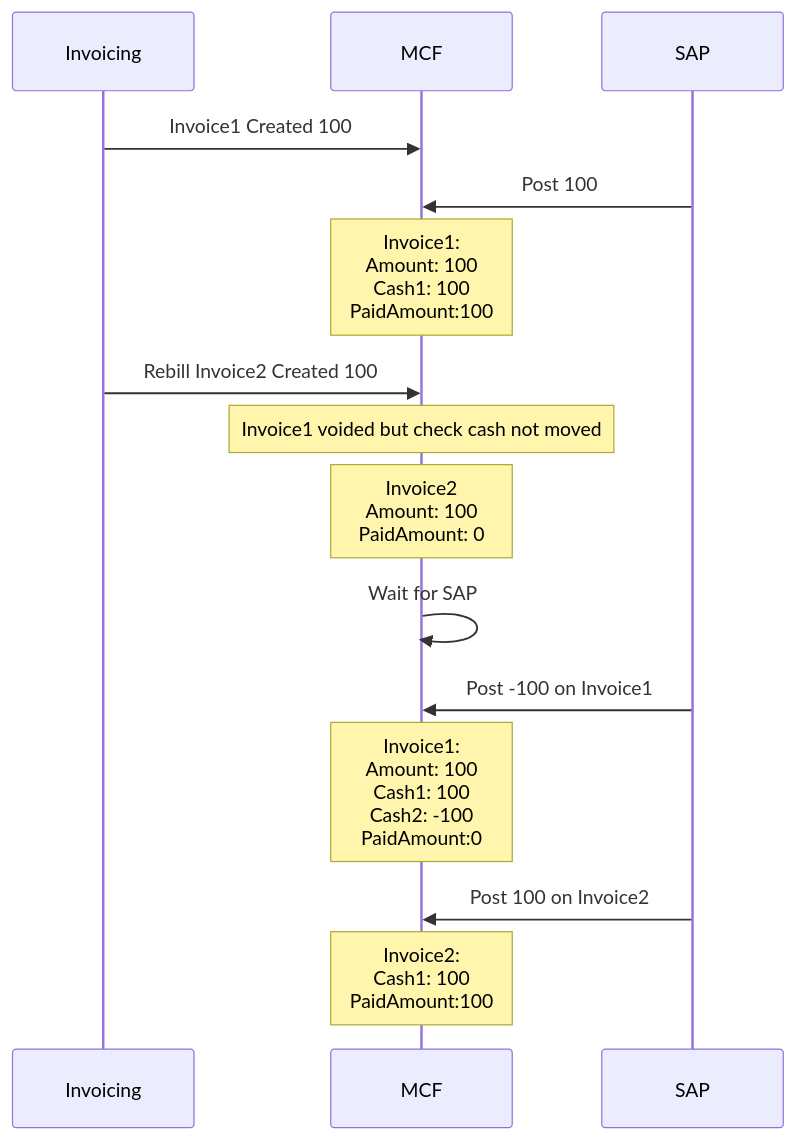
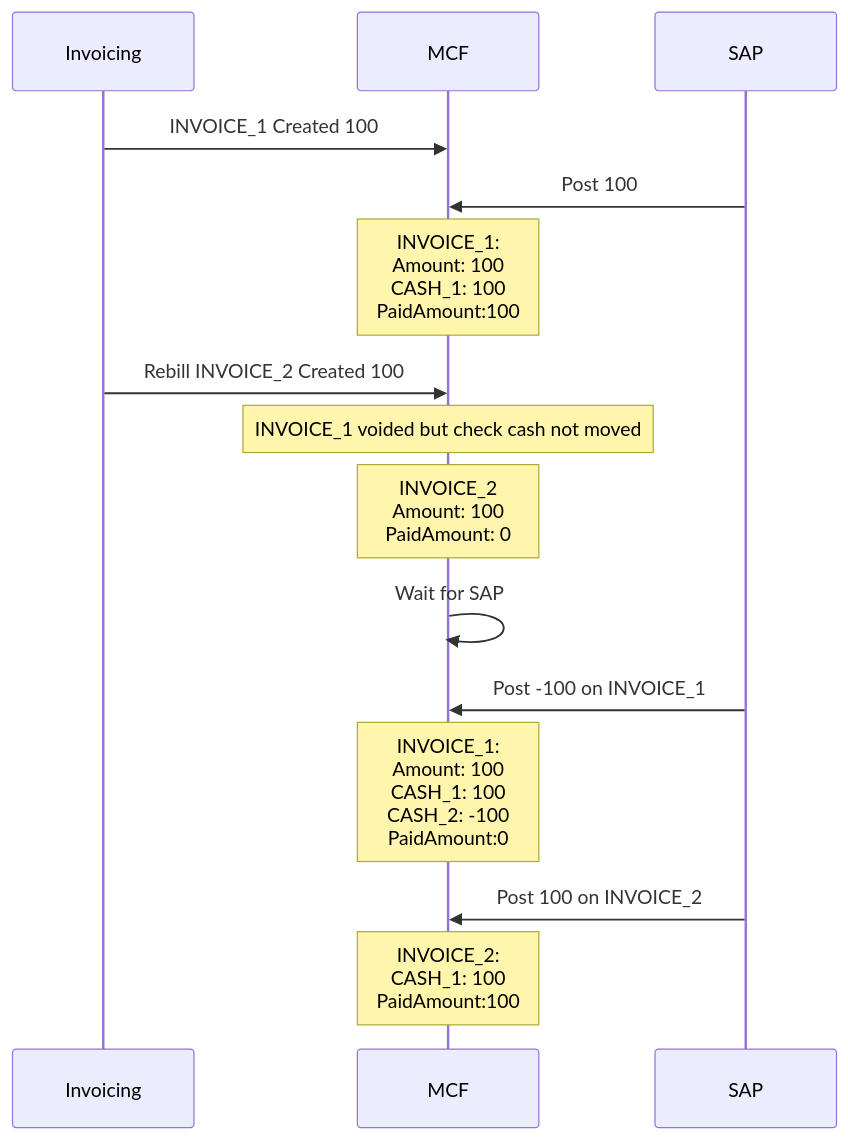
Diagram 12 of 17 in MCF-SAP Scenarios.md (vikramsinha/test1), drawn with Mermaid before and after one commit. The commit also changed other lines of this file, not shown here.

Commit message:
Update MCF-SAP Scenarios.md

````diff
--- a/MCF-SAP Scenarios.md
+++ b/MCF-SAP Scenarios.md
@@ -157,18 +232,18 @@
 ```mermaid
 %%{init: {'theme': 'default'} }%%
 sequenceDiagram
     participant Invoicing
     participant MCF
     participant SAP
-    Invoicing->>MCF: Invoice1 Created 100    
+    Invoicing->>MCF: INVOICE_1 Created 100    
     SAP->>MCF: Post 100
-    Note over MCF: Invoice1:<br/>Amount: 100<br/>Cash1: 100<br/>PaidAmount:100
-    Invoicing->>MCF: Rebill Invoice2 Created 100
-    Note over MCF: Invoice1 voided but check cash not moved
-    Note over MCF: Invoice2<br/>Amount: 100<br/>PaidAmount: 0
+    Note over MCF: INVOICE_1:<br/>Amount: 100<br/>CASH_1: 100<br/>PaidAmount:100
+    Invoicing->>MCF: Rebill INVOICE_2 Created 100
+    Note over MCF: INVOICE_1 voided but check cash not moved
+    Note over MCF: INVOICE_2<br/>Amount: 100<br/>PaidAmount: 0
     MCF->>MCF: Wait for SAP
-    SAP->>MCF: Post -100 on Invoice1
-    Note over MCF: Invoice1:<br/>Amount: 100<br/>Cash1: 100<br/>Cash2: -100<br/>PaidAmount:0
-    SAP->>MCF: Post 100 on Invoice2
-    Note over MCF: Invoice2:<br/>Cash1: 100<br/>PaidAmount:100
+    SAP->>MCF: Post -100 on INVOICE_1
+    Note over MCF: INVOICE_1:<br/>Amount: 100<br/>CASH_1: 100<br/>CASH_2: -100<br/>PaidAmount:0
+    SAP->>MCF: Post 100 on INVOICE_2
+    Note over MCF: INVOICE_2:<br/>CASH_1: 100<br/>PaidAmount:100
 ```
````
